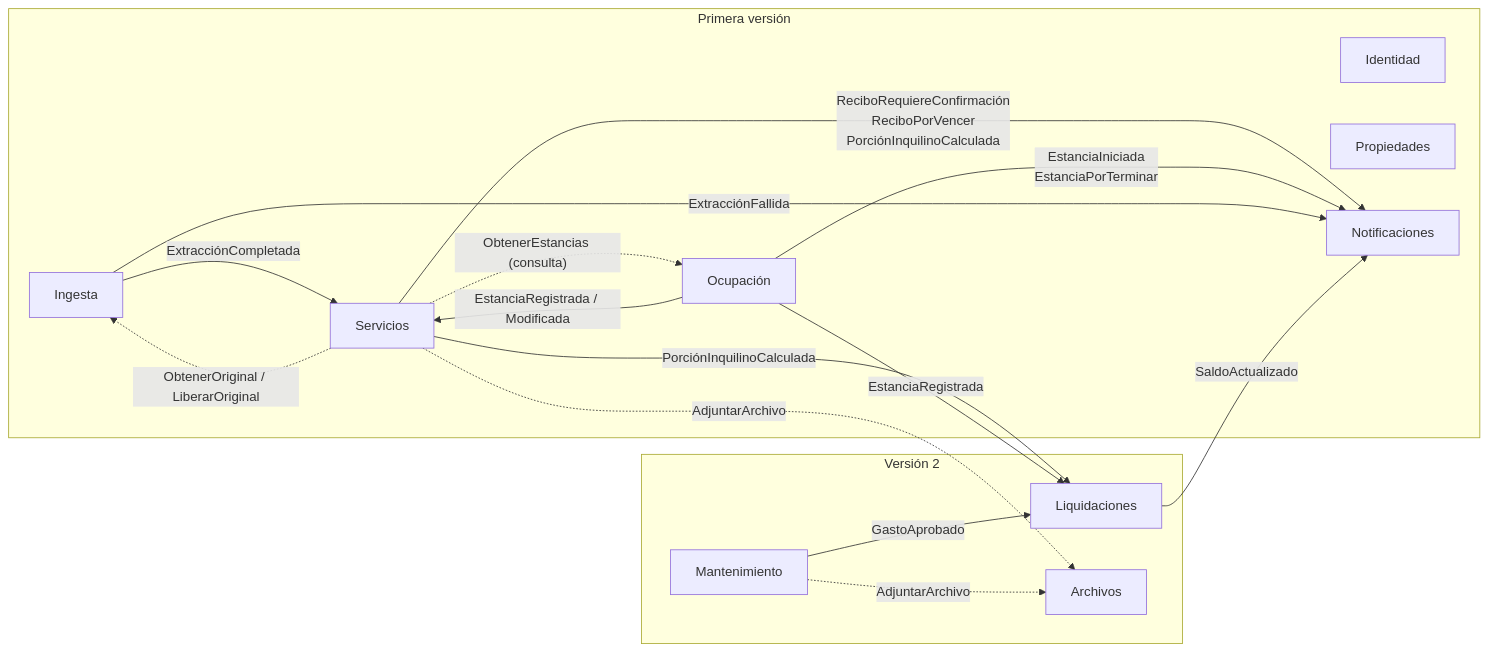
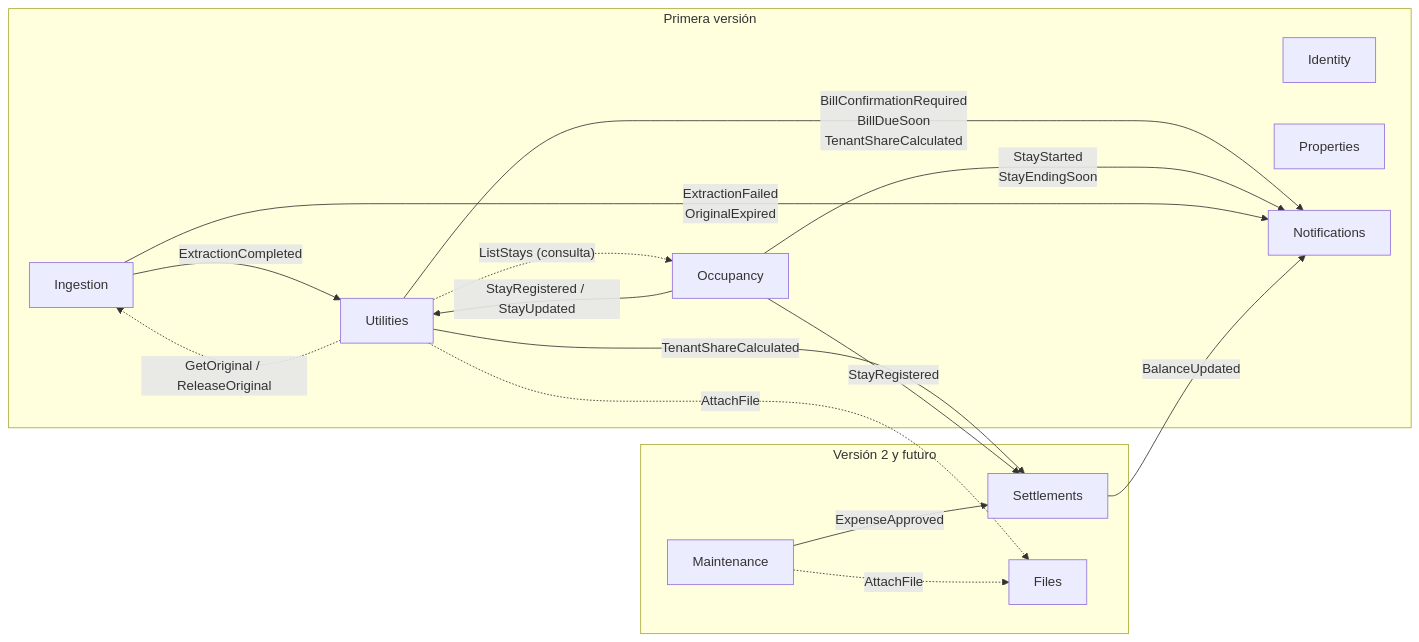
Before and after one commit to saulgmx/admin-rentas: the first of 3 diagrams in docs/arquitectura/mapa-modulos.md, drawn with Mermaid. The commit also changed other lines of this file and 12 other files, not shown here.

````diff
--- a/docs/arquitectura/mapa-modulos.md
+++ b/docs/arquitectura/mapa-modulos.md
@@ -23,33 +23,33 @@
 ```mermaid
 flowchart LR
     subgraph MVP["Primera versión"]
-        ID[Identidad]
-        PR[Propiedades]
-        ING[Ingesta]
-        SRV[Servicios]
-        OCU[Ocupación]
-        NOT[Notificaciones]
+        IDN[Identity]
+        PRP[Properties]
+        ING[Ingestion]
+        UTL[Utilities]
+        OCC[Occupancy]
+        NTF[Notifications]
     end
 
-    subgraph V2["Versión 2"]
-        LIQ[Liquidaciones]
-        MAN[Mantenimiento]
-        ARC[Archivos]
+    subgraph V2["Versión 2 y futuro"]
+        STL[Settlements]
+        MNT[Maintenance]
+        FIL[Files]
     end
 
-    ING -- "ExtracciónCompletada" --> SRV
-    OCU -- "EstanciaRegistrada / Modificada" --> SRV
-    SRV -. "ObtenerEstancias (consulta)" .-> OCU
-    SRV -. "ObtenerOriginal / LiberarOriginal" .-> ING
+    ING -- "ExtractionCompleted" --> UTL
+    OCC -- "StayRegistered / StayUpdated" --> UTL
+    UTL -. "ListStays (consulta)" .-> OCC
+    UTL -. "GetOriginal / ReleaseOriginal" .-> ING
 
-    SRV -- "ReciboRequiereConfirmación\nReciboPorVencer\nPorciónInquilinoCalculada" --> NOT
-    OCU -- "EstanciaIniciada\nEstanciaPorTerminar" --> NOT
-    ING -- "ExtracciónFallida" --> NOT
+    UTL -- "BillConfirmationRequired\nBillDueSoon\nTenantShareCalculated" --> NTF
+    OCC -- "StayStarted\nStayEndingSoon" --> NTF
+    ING -- "ExtractionFailed\nOriginalExpired" --> NTF
 
-    SRV -- "PorciónInquilinoCalculada" --> LIQ
-    OCU -- "EstanciaRegistrada" --> LIQ
-    MAN -- "GastoAprobado" --> LIQ
-    SRV -. "AdjuntarArchivo" .-> ARC
-    MAN -. "AdjuntarArchivo" .-> ARC
-    LIQ -- "SaldoActualizado" --> NOT
+    UTL -- "TenantShareCalculated" --> STL
+    OCC -- "StayRegistered" --> STL
+    MNT -- "ExpenseApproved" --> STL
+    UTL -. "AttachFile" .-> FIL
+    MNT -. "AttachFile" .-> FIL
+    STL -- "BalanceUpdated" --> NTF
 ```
````
